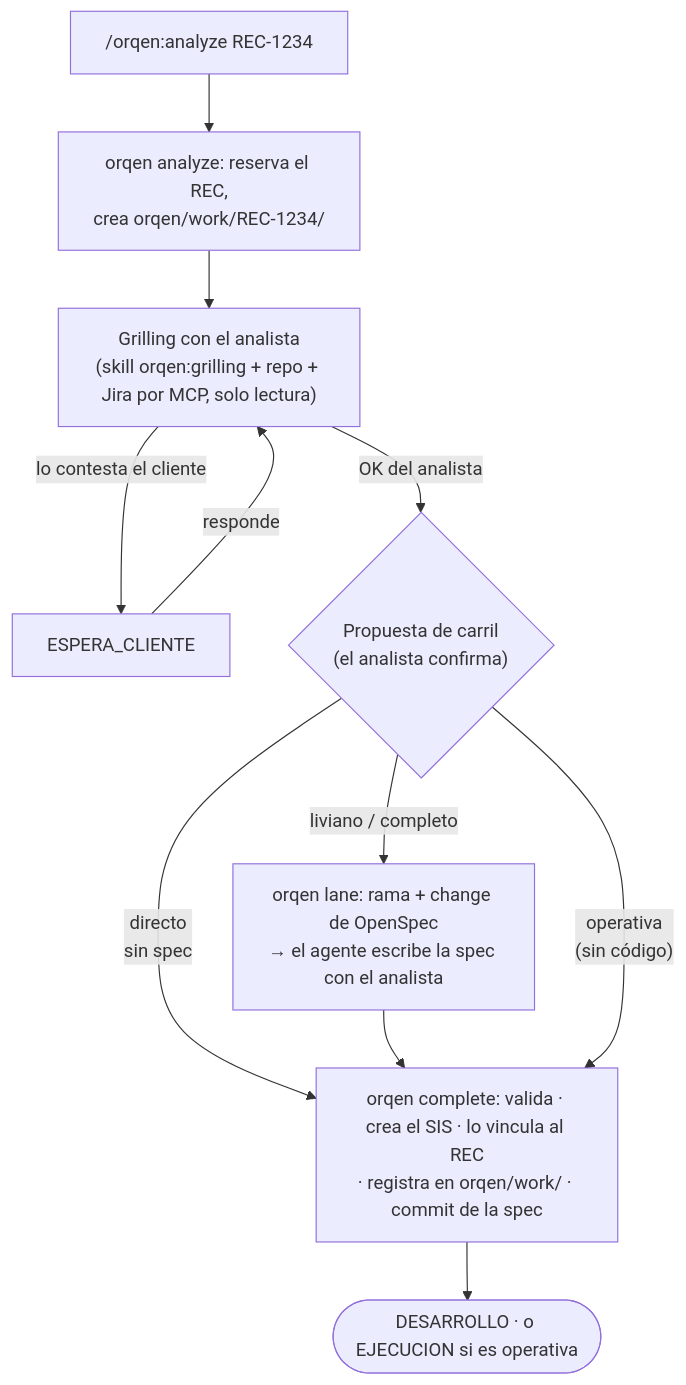
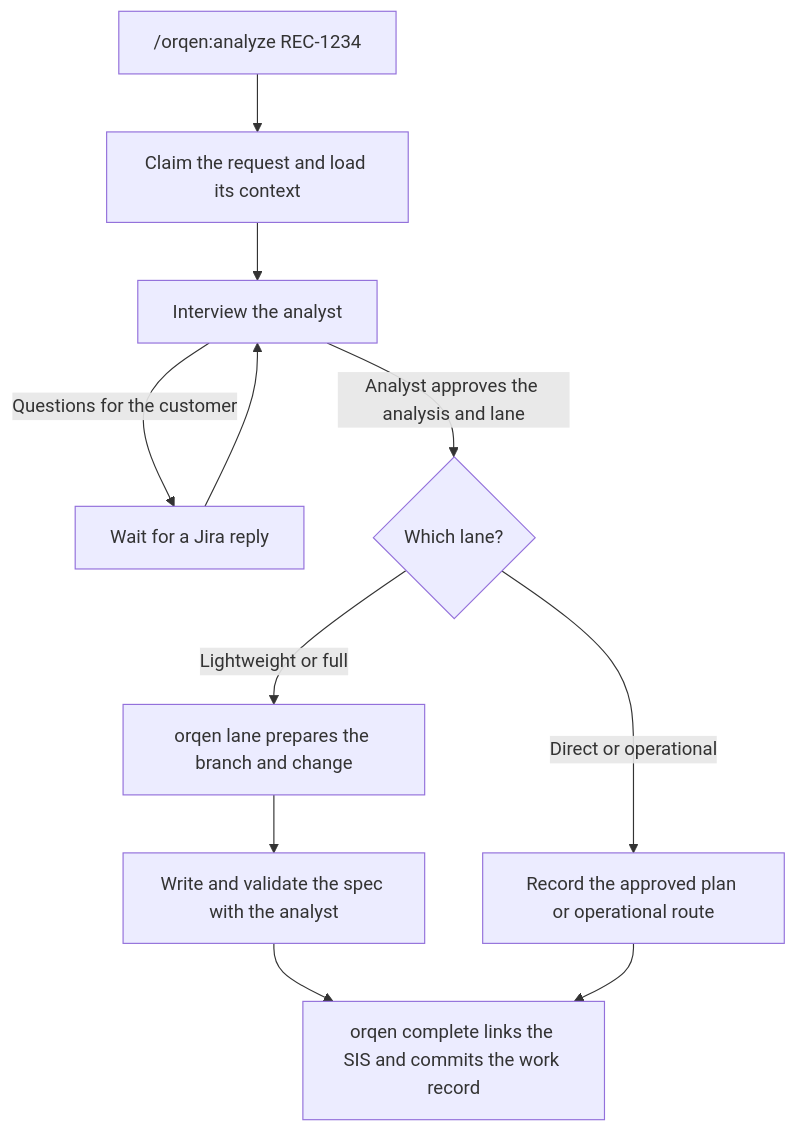
Before and after one commit to sistemas-telpin/orqen: the first of 2 diagrams in README.md, drawn with Mermaid. The commit also changed other lines of this file and 102 other files, not shown here.

````diff
--- a/README.md
+++ b/README.md
@@ -72,11 +77,13 @@
 ```mermaid
 flowchart TD
-    A["/orqen:analyze REC-1234"] --> B["orqen analyze: reserva el REC,<br/>crea orqen/work/REC-1234/"]
-    B --> C["Grilling con el analista<br/>(skill orqen:grilling + repo + Jira por MCP, solo lectura)"]
-    C -->|"lo contesta el cliente"| W["ESPERA_CLIENTE"] -->|"responde"| C
-    C -->|"OK del analista"| D{"Propuesta de carril<br/>(el analista confirma)"}
-    D -->|"directo<br/>sin spec"| G
-    D -->|"liviano / completo"| E["orqen lane: rama + change de OpenSpec<br/>→ el agente escribe la spec con el analista"] --> G
-    D -->|"operativa<br/>(sin código)"| G
-    G["orqen complete: valida · crea el SIS · lo vincula al REC<br/>· registra en orqen/work/ · commit de la spec"] --> H(["DESARROLLO · o EJECUCION si es operativa"])
+    A["/orqen:analyze REC-1234"] --> B["Claim the request and load its context"]
+    B --> C["Interview the analyst"]
+    C -->|"Questions for the customer"| W["Wait for a Jira reply"]
+    W --> C
+    C -->|"Analyst approves the analysis and lane"| L{"Which lane?"}
+    L -->|"Lightweight or full"| S["orqen lane prepares the branch and change"]
+    S --> V["Write and validate the spec with the analyst"]
+    L -->|"Direct or operational"| O["Record the approved plan or operational route"]
+    V --> F["orqen complete links the SIS and commits the work record"]
+    O --> F
 ```
````
